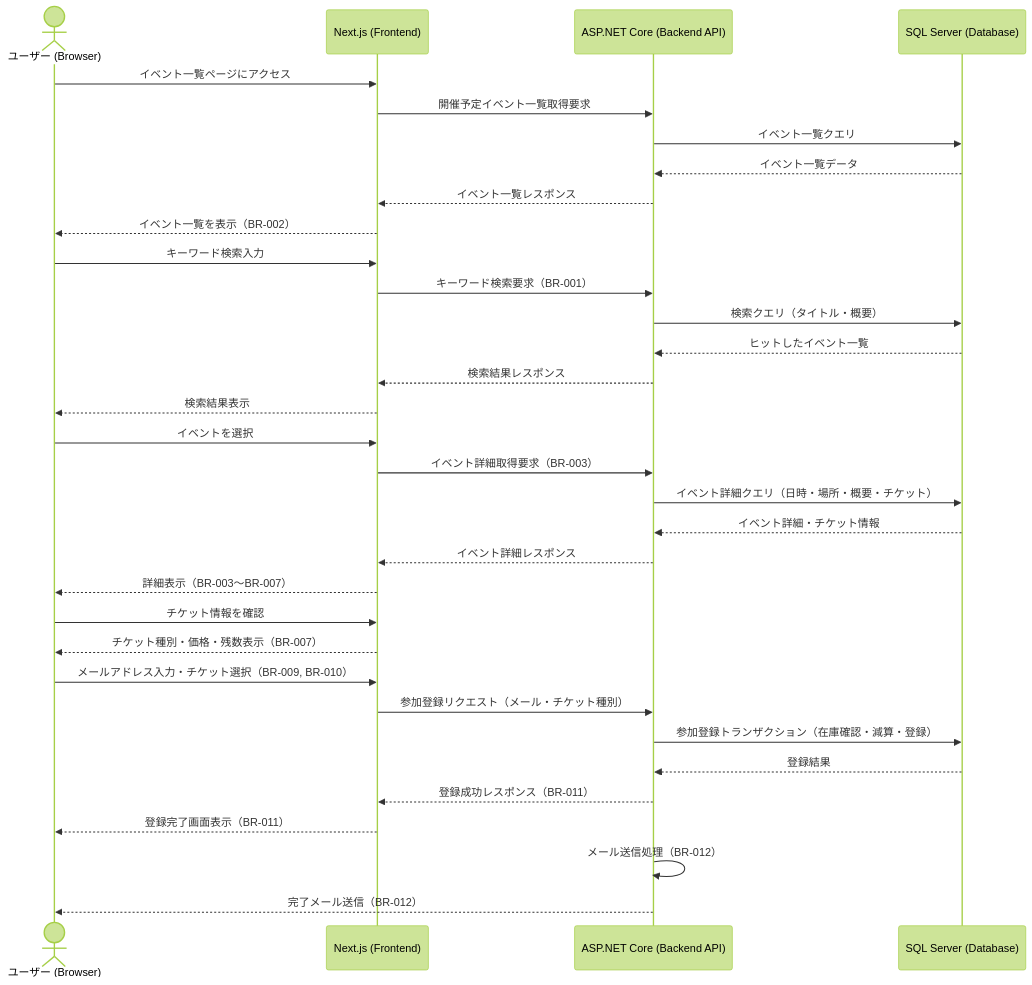
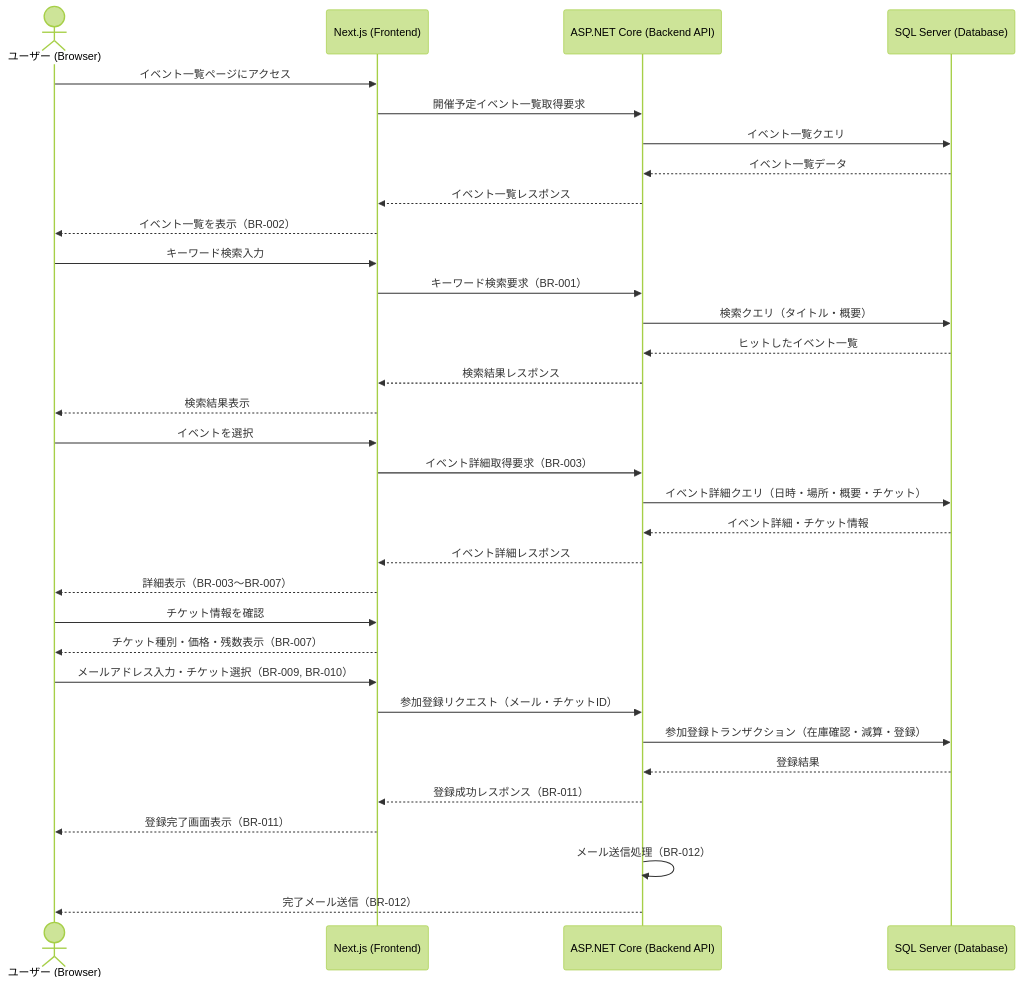
One commit to kazakht/event-registration-system changed the diagram in docs/business-flow.md. Above: the diagram before and after it, drawn with Mermaid (forest theme).

````diff
--- a/docs/business-flow.md
+++ b/docs/business-flow.md
@@ -3,46 +3,46 @@
 ```mermaid
 sequenceDiagram
     actor User as ユーザー (Browser)
     participant FE as Next.js (Frontend)
     participant API as ASP.NET Core (Backend API)
     participant DB as SQL Server (Database)
 
     %% イベント探索（一覧・検索）
     User->>FE: イベント一覧ページにアクセス
     FE->>API: 開催予定イベント一覧取得要求
     API->>DB: イベント一覧クエリ
     DB-->>API: イベント一覧データ
     API-->>FE: イベント一覧レスポンス
     FE-->>User: イベント一覧を表示（BR-002）
 
     User->>FE: キーワード検索入力
     FE->>API: キーワード検索要求（BR-001）
     API->>DB: 検索クエリ（タイトル・概要）
     DB-->>API: ヒットしたイベント一覧
     API-->>FE: 検索結果レスポンス
     FE-->>User: 検索結果表示
 
     %% イベント詳細確認
     User->>FE: イベントを選択
     FE->>API: イベント詳細取得要求（BR-003）
     API->>DB: イベント詳細クエリ（日時・場所・概要・チケット）
     DB-->>API: イベント詳細・チケット情報
     API-->>FE: イベント詳細レスポンス
     FE-->>User: 詳細表示（BR-003〜BR-007）
 
     %% チケット確認
     User->>FE: チケット情報を確認
     FE-->>User: チケット種別・価格・残数表示（BR-007）
 
     %% 参加登録
     User->>FE: メールアドレス入力・チケット選択（BR-009, BR-010）
-    FE->>API: 参加登録リクエスト（メール・チケット種別）
+    FE->>API: 参加登録リクエスト（メール・チケットID）
     API->>DB: 参加登録トランザクション（在庫確認・減算・登録）
     DB-->>API: 登録結果
     API-->>FE: 登録成功レスポンス（BR-011）
     FE-->>User: 登録完了画面表示（BR-011）
 
     %% 登録完了メール
     API->>API: メール送信処理（BR-012）
     API-->>User: 完了メール送信（BR-012）
 ```
````
